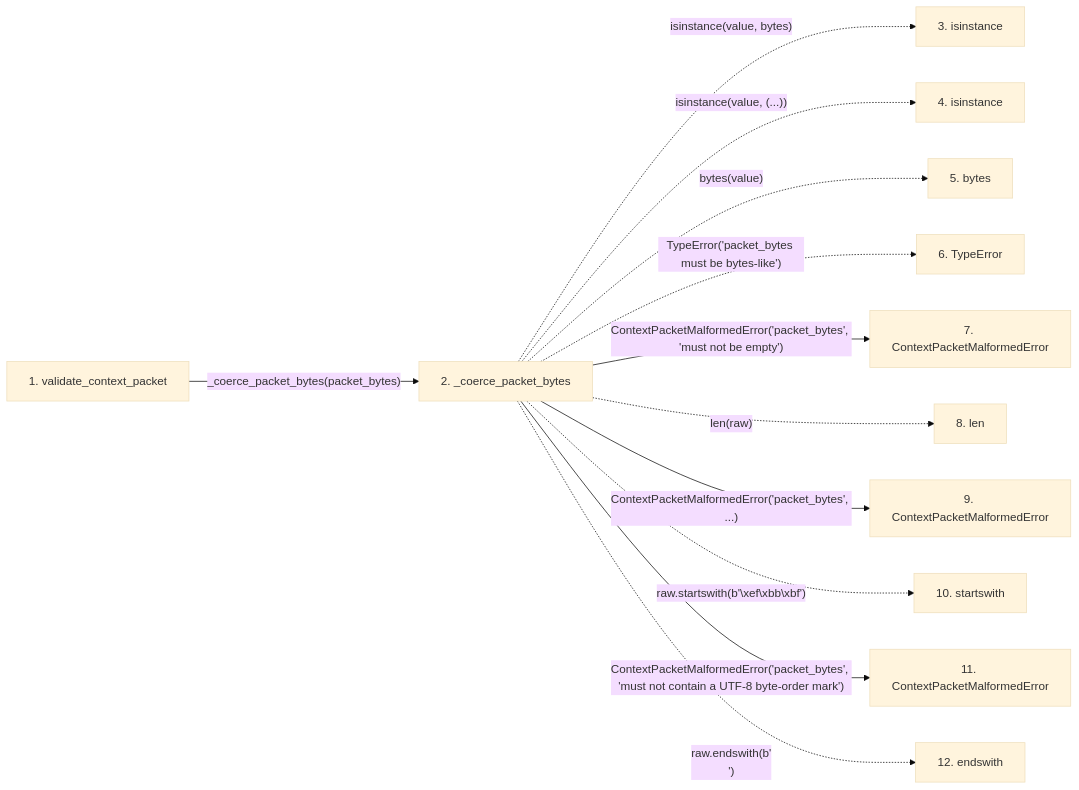
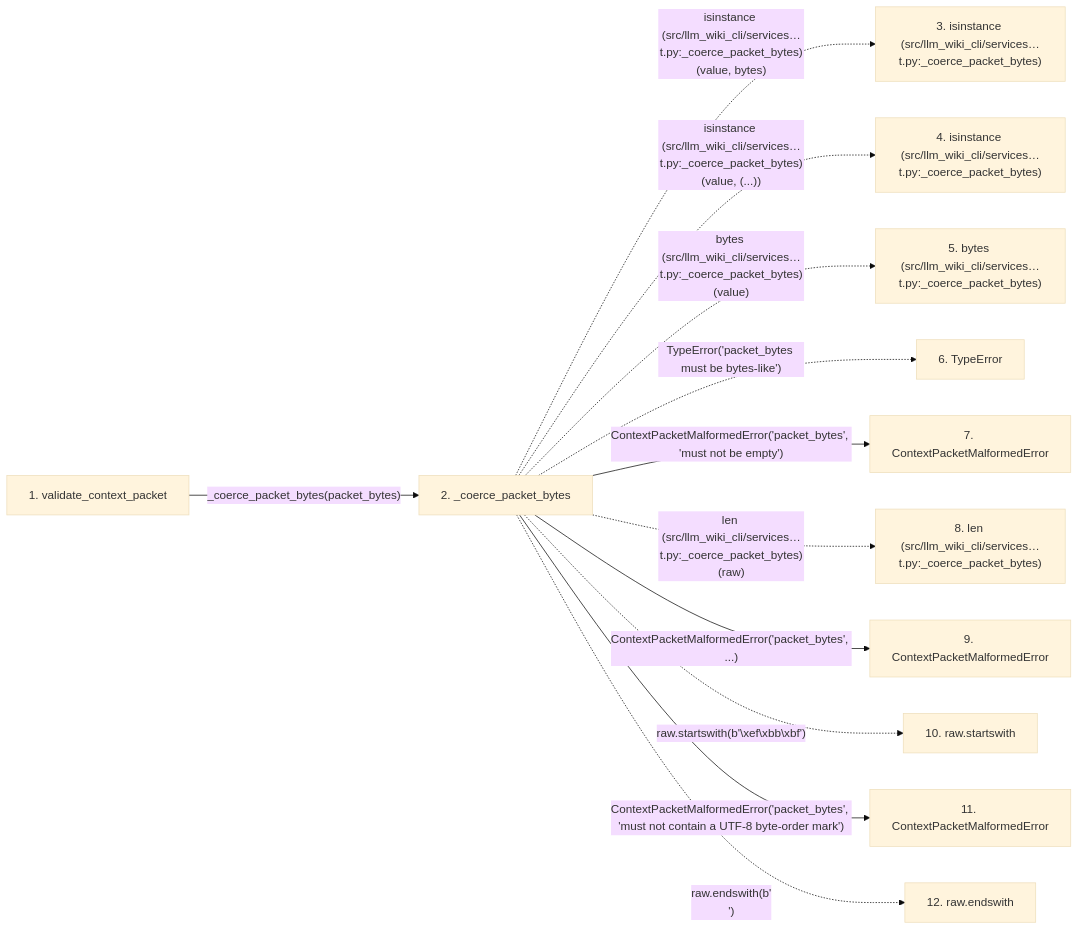
Before and after one commit to Denissvgn/python-wiki-llm: the second of 2 diagrams in docs/llm_wiki/flows/api-validate_context_packet-context_packet.md, drawn with Mermaid (base theme). The commit also changed other lines of this file and 719 other files, not shown here.

````diff
--- a/docs/llm_wiki/flows/api-validate_context_packet-context_packet.md
+++ b/docs/llm_wiki/flows/api-validate_context_packet-context_packet.md
@@ -76,31 +81,31 @@
 ```mermaid
 flowchart LR
     s1["1. validate_context_packet"]
     s2["2. _coerce_packet_bytes"]
-    s3["3. isinstance"]
-    s4["4. isinstance"]
-    s5["5. bytes"]
+    s3["3. isinstance (src/llm_wiki_cli/services…t.py:_coerce_packet_bytes)"]
+    s4["4. isinstance (src/llm_wiki_cli/services…t.py:_coerce_packet_bytes)"]
+    s5["5. bytes (src/llm_wiki_cli/services…t.py:_coerce_packet_bytes)"]
     s6["6. TypeError"]
     s7["7. ContextPacketMalformedError"]
-    s8["8. len"]
+    s8["8. len (src/llm_wiki_cli/services…t.py:_coerce_packet_bytes)"]
     s9["9. ContextPacketMalformedError"]
-    s10["10. startswith"]
+    s10["10. raw.startswith"]
     s11["11. ContextPacketMalformedError"]
-    s12["12. endswith"]
+    s12["12. raw.endswith"]
     s1 -->|"_coerce_packet_bytes(packet_bytes)"| s2
-    s2 -. "isinstance(value, bytes)" .-> s3
-    s2 -. "isinstance(value, (...))" .-> s4
-    s2 -. "bytes(value)" .-> s5
+    s2 -. "isinstance (src/llm_wiki_cli/services…t.py:_coerce_packet_bytes)(value, bytes)" .-> s3
+    s2 -. "isinstance (src/llm_wiki_cli/services…t.py:_coerce_packet_bytes)(value, (...))" .-> s4
+    s2 -. "bytes (src/llm_wiki_cli/services…t.py:_coerce_packet_bytes)(value)" .-> s5
     s2 -. "TypeError('packet_bytes must be bytes-like')" .-> s6
     s2 -->|"ContextPacketMalformedError('packet_bytes', 'must not be empty')"| s7
-    s2 -. "len(raw)" .-> s8
+    s2 -. "len (src/llm_wiki_cli/services…t.py:_coerce_packet_bytes)(raw)" .-> s8
     s2 -->|"ContextPacketMalformedError('packet_bytes', ...)"| s9
     s2 -. "raw.startswith(b'\xef\xbb\xbf')" .-> s10
     s2 -->|"ContextPacketMalformedError('packet_bytes', 'must not contain a UTF-8 byte-order mark')"| s11
     s2 -. "raw.endswith(b'\n')" .-> s12
     click s1 "../modules/context_packet.md"
     click s2 "../modules/context_packet.md"
     click s7 "../modules/context_packet.md"
     click s9 "../modules/context_packet.md"
     click s11 "../modules/context_packet.md"
 ```
````
